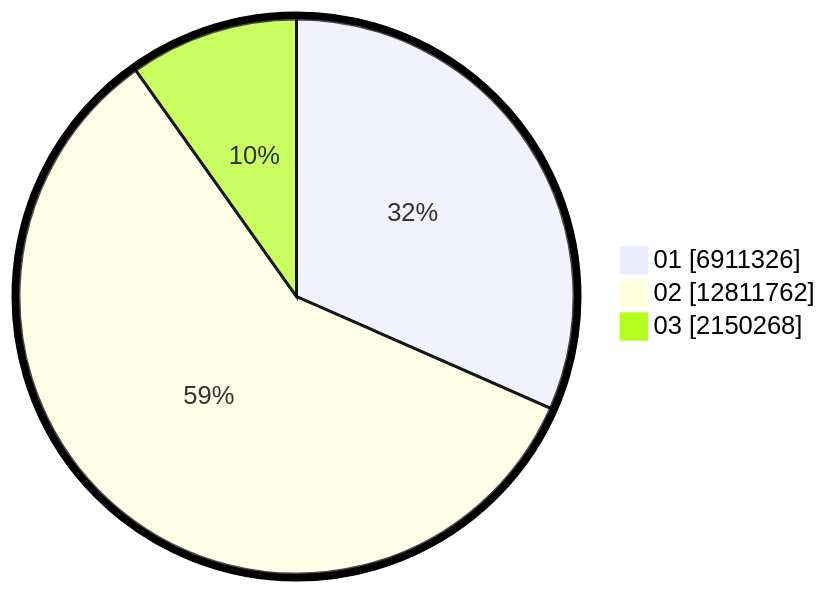
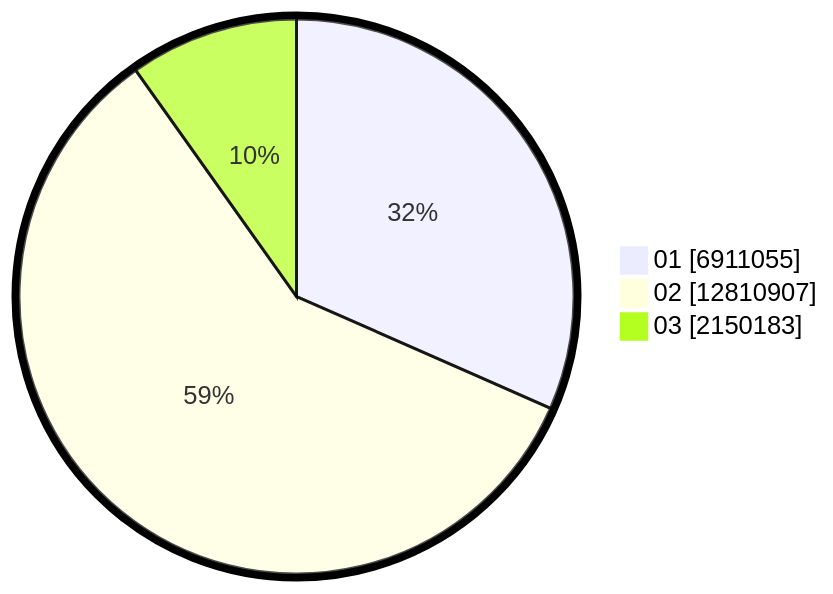
One commit to gigit-pemilu/pemilu-2024 changed the second of 2 diagrams in pilpres/hitung-suara/sub/table-wilayah-32.md. Above: the diagram before and after it, drawn with Mermaid. The commit also changed other lines of this file and 8 other files, not shown here.

````diff
--- a/pilpres/hitung-suara/sub/table-wilayah-32.md
+++ b/pilpres/hitung-suara/sub/table-wilayah-32.md
@@ -15,7 +15,7 @@
 ```mermaid
 %%{init: {"pie": {"textPosition": 0.5}, "themeVariables": {"pieOuterStrokeWidth": "5px"}} }%%
 pie showData
-    "01" : 6911326
-    "02" : 12811762
-    "03" : 2150268
+    "01" : 6911055
+    "02" : 12810907
+    "03" : 2150183
 ```
````
